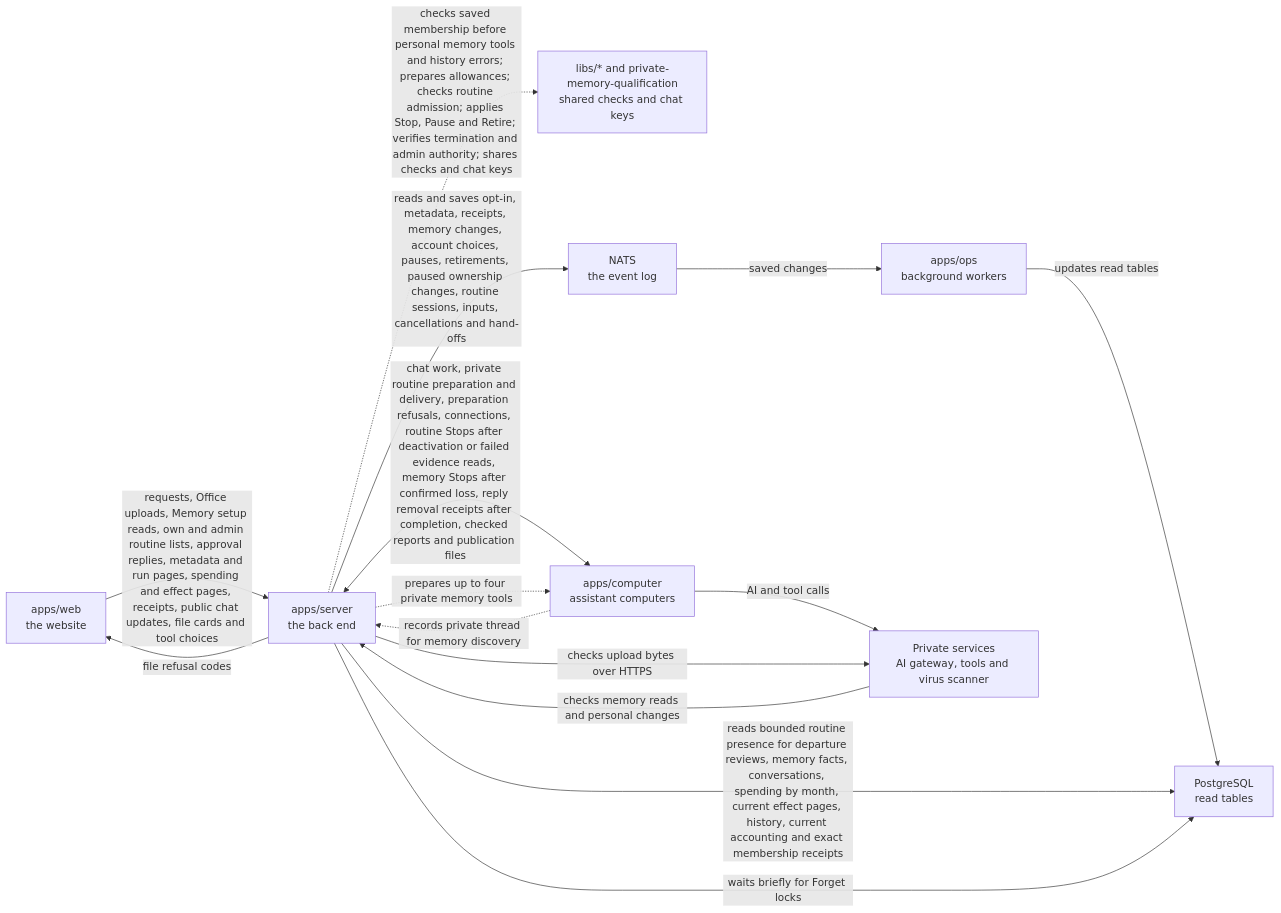
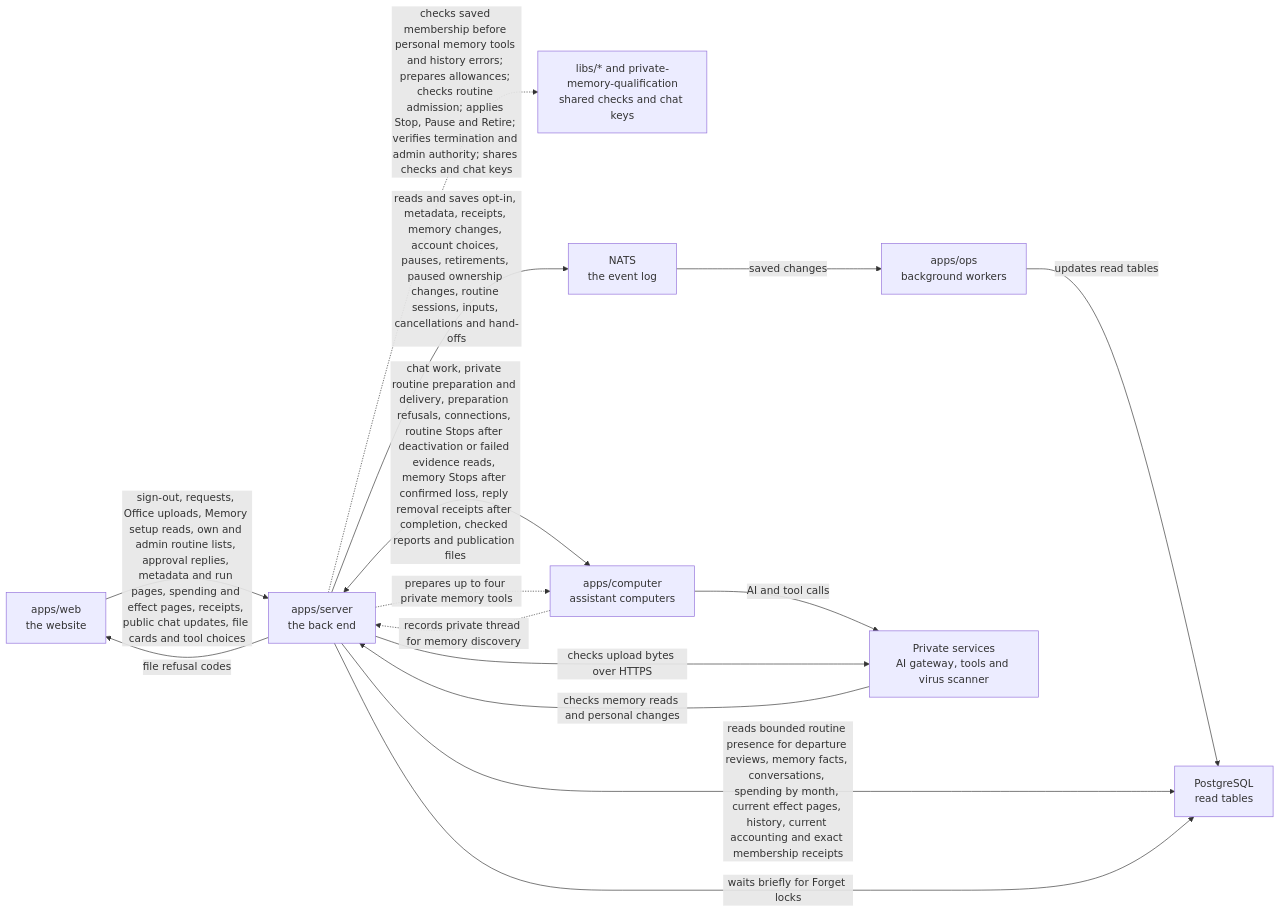
One commit to elewa-git/opencrane-new changed the diagram in apps/server/README.md. Above: the diagram before and after it, drawn with Mermaid. The commit also changed other lines of this file and 11 other files, not shown here.

Commit message:
📝 Explain sign-out clearance and its transport limits

````diff
--- a/apps/server/README.md
+++ b/apps/server/README.md
@@ -179,17 +179,17 @@
 ```mermaid
 flowchart LR
-  web["apps/web<br/>the website"] -->|requests, Office uploads, Memory setup reads, own and admin routine lists, approval replies, metadata and run pages, spending and effect pages, receipts, public chat updates, file cards and tool choices| server["apps/server<br/>the back end"]
+  web["apps/web<br/>the website"] -->|sign-out, requests, Office uploads, Memory setup reads, own and admin routine lists, approval replies, metadata and run pages, spending and effect pages, receipts, public chat updates, file cards and tool choices| server["apps/server<br/>the back end"]
   server -.->|checks saved membership before personal memory tools and history errors; prepares allowances; checks routine admission; applies Stop, Pause and Retire; verifies termination and admin authority; shares checks and chat keys| libs["libs/* and private-memory-qualification<br/>shared checks and chat keys"]
   server -->|reads and saves opt-in, metadata, receipts, memory changes, account choices, pauses, retirements, paused ownership changes, routine sessions, inputs, cancellations and hand-offs| nats["NATS<br/>the event log"]
   nats -->|saved changes| ops["apps/ops<br/>background workers"]
   ops -->|updates read tables| postgres["PostgreSQL<br/>read tables"]
   server -->|reads bounded routine presence for departure reviews, memory facts, conversations, spending by month, current effect pages, history, current accounting and exact membership receipts| postgres
   server -->|waits briefly for Forget locks| postgres
   server <-->|chat work, private routine preparation and delivery, preparation refusals, connections, routine Stops after deactivation or failed evidence reads, memory Stops after confirmed loss, reply removal receipts after completion, checked reports and publication files| computer["apps/computer<br/>assistant computers"]
   computer -.->|records private thread for memory discovery| server
   server -.->|prepares up to four private memory tools| computer
   computer -->|AI and tool calls| runtime["Private services<br/>AI gateway, tools and virus scanner"]
   server -->|file refusal codes| web
   server -->|checks upload bytes over HTTPS| runtime
   runtime -->|checks memory reads and personal changes| server
 ```
````
